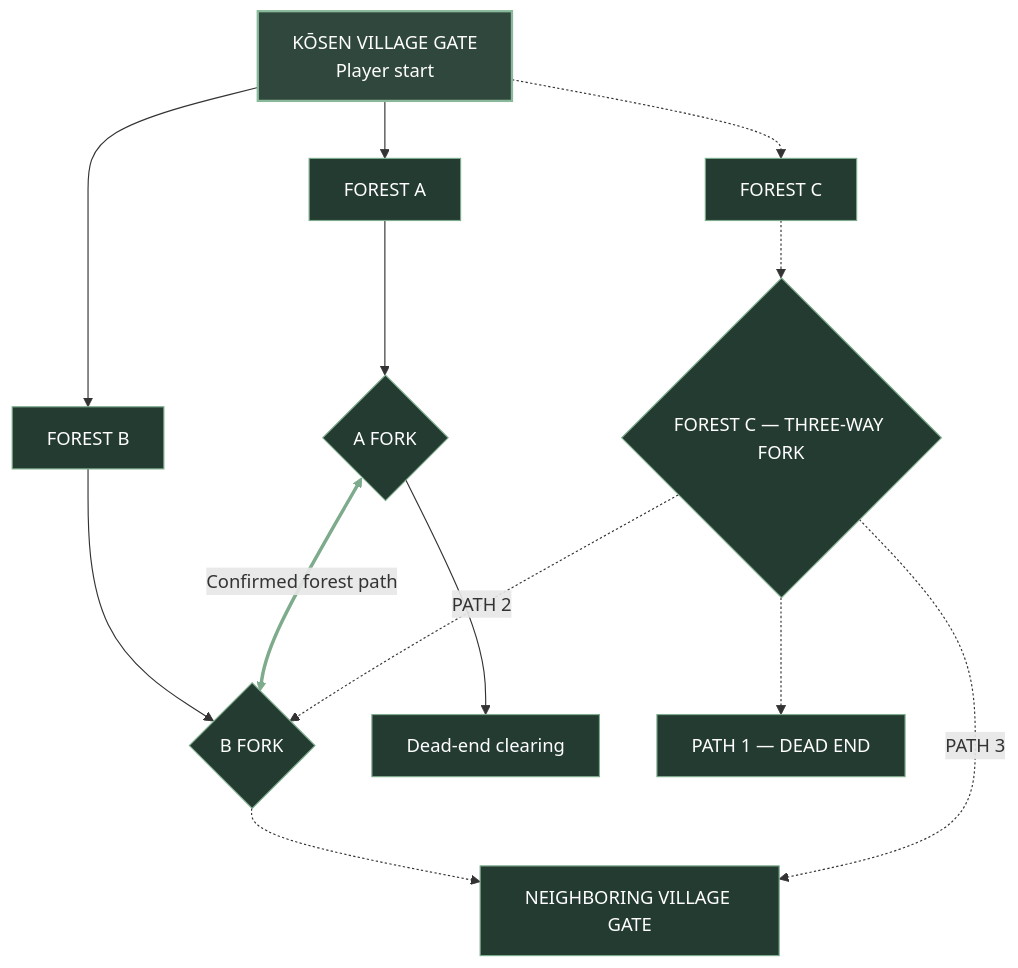
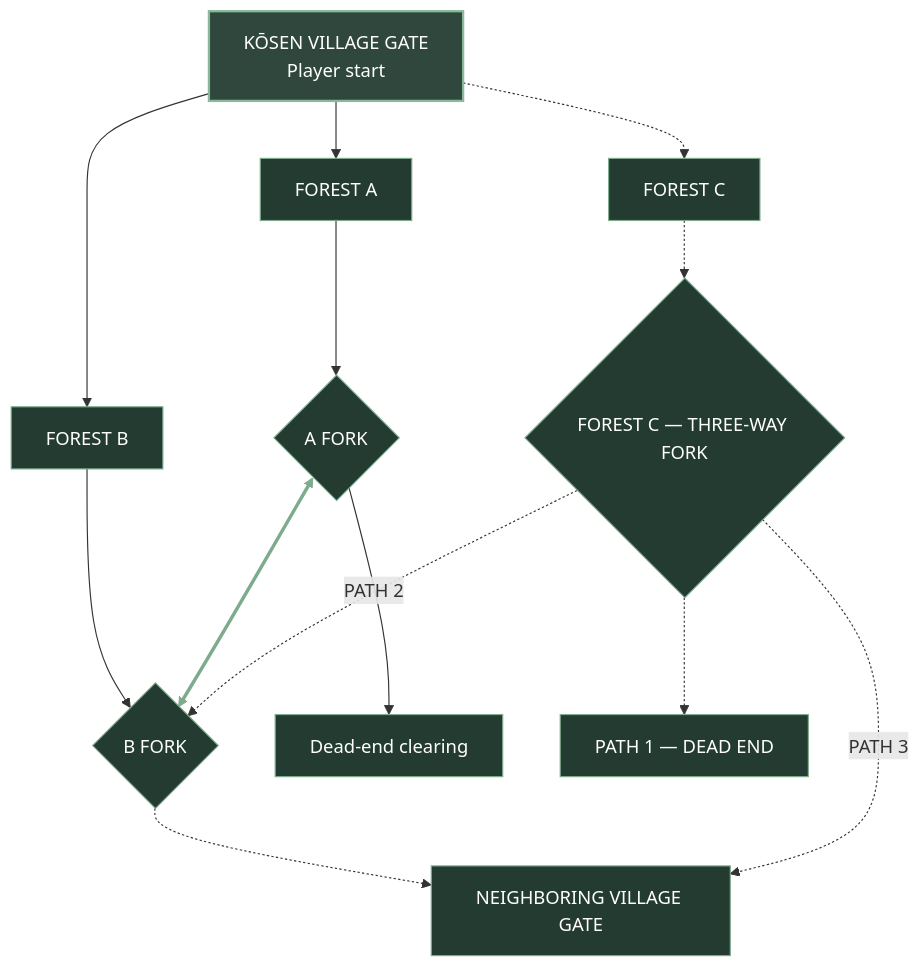
Before and after one commit to kiotdstudios/shinobi-rush: the diagram in world/maps/FULL_WORLD_MAP.md, drawn with Mermaid. The commit also changed other lines of this file, not shown here.

Commit message:
Remove redundant confirmed path label from world map

````diff
--- a/world/maps/FULL_WORLD_MAP.md
+++ b/world/maps/FULL_WORLD_MAP.md
@@ -5,23 +5,23 @@
 ```mermaid
 flowchart TB
     G["KŌSEN VILLAGE GATE<br/>Player start"]
     G --> A["FOREST A"]
     G --> B["FOREST B"]
     G -.-> C["FOREST C"]
     A --> AF{"A FORK"}
     B --> BF{"B FORK"}
     AF --> D["Dead-end clearing"]
-    AF <-->|"Confirmed forest path"| BF
+    AF <--> BF
     BF -.-> N["NEIGHBORING VILLAGE GATE"]
     C -.-> CF{"FOREST C — THREE-WAY FORK"}
     CF -.-> C1["PATH 1 — DEAD END"]
     CF -.->|"PATH 2"| BF
     CF -.->|"PATH 3"| N
 
     classDef start fill:#30473d,color:#fff,stroke:#89b99a,stroke-width:2px;
     classDef mvp fill:#243b32,color:#fff,stroke:#7dab8c;
     class G start;
     class A,B,AF,BF,D mvp;
     class C,CF,C1,N mvp;
     linkStyle 6 stroke:#7dab8c,stroke-width:3px;
 ```
````
